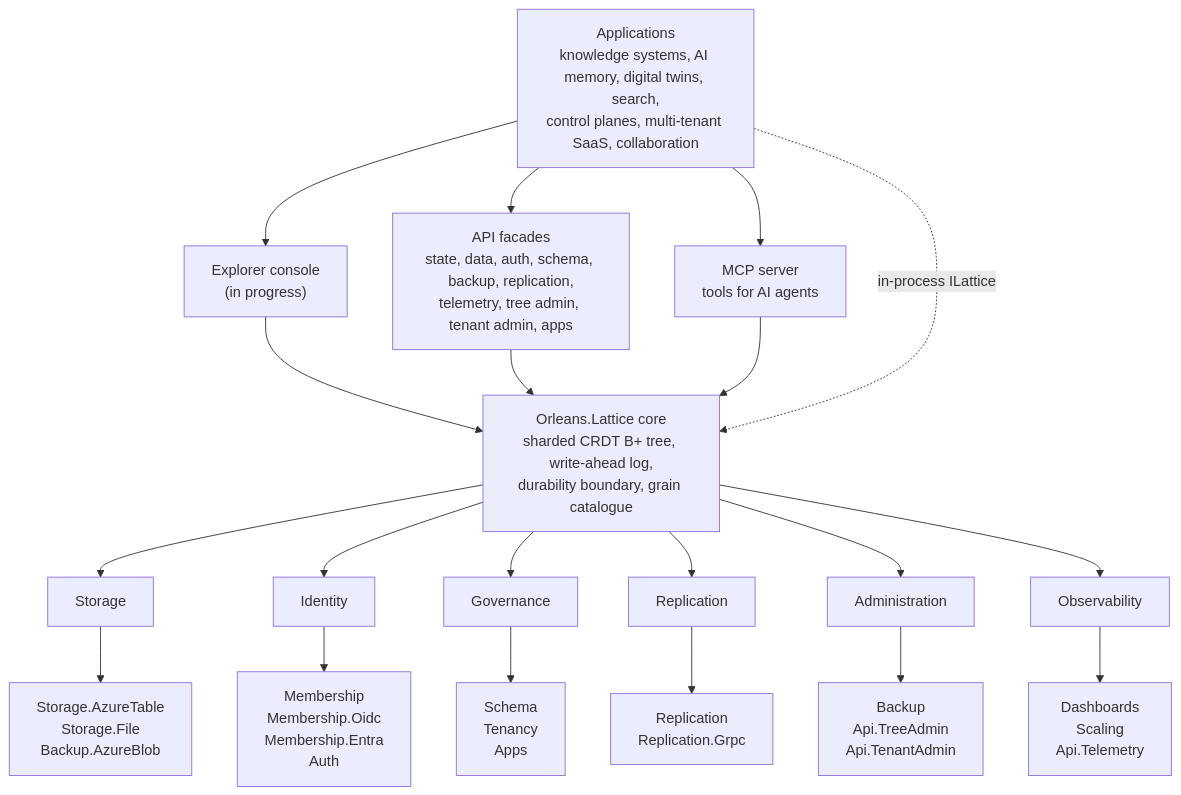
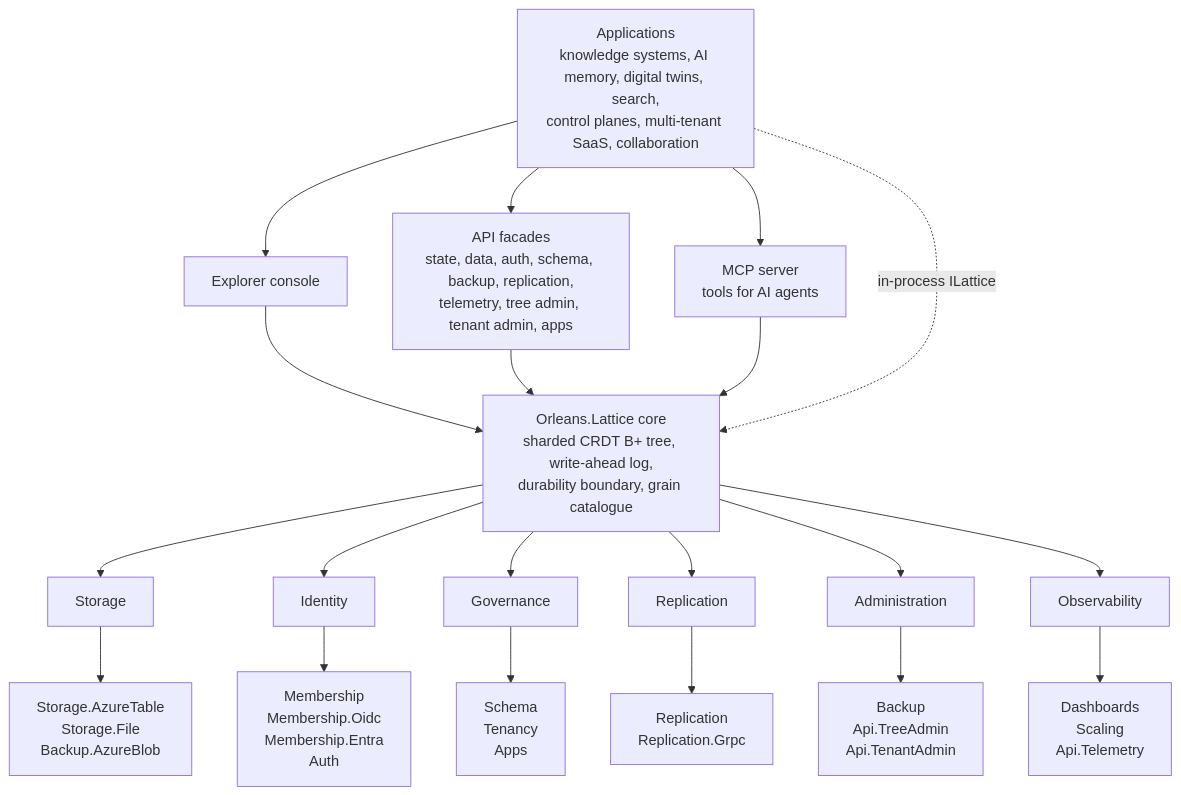
Before and after one commit to NSTA1/Orleans.Lattice: the diagram in README.md, drawn with Mermaid. The commit also changed other lines of this file and 55 other files, not shown here.

````diff
--- a/README.md
+++ b/README.md
@@ -184,29 +184,29 @@
 ```mermaid
 flowchart TD
     App["Applications<br/>knowledge systems, AI memory, digital twins, search,<br/>control planes, multi-tenant SaaS, collaboration"]
 
-    App --> Explorer["Explorer console<br/>(in progress)"]
+    App --> Explorer["Explorer console"]
     App --> Apis["API facades<br/>state, data, auth, schema, backup, replication,<br/>telemetry, tree admin, tenant admin, apps"]
     App --> Mcp["MCP server<br/>tools for AI agents"]
 
     Explorer --> Core
     Apis --> Core
     Mcp --> Core
     App -. "in-process ILattice" .-> Core
 
     Core["Orleans.Lattice core<br/>sharded CRDT B+ tree, write-ahead log,<br/>durability boundary, grain catalogue"]
 
     Core --> Storage["Storage"]
     Core --> Identity["Identity"]
     Core --> Governance["Governance"]
     Core --> Replication["Replication"]
     Core --> Administration["Administration"]
     Core --> Observability["Observability"]
 
     Storage --> StoragePkgs["Storage.AzureTable<br/>Storage.File<br/>Backup.AzureBlob"]
     Identity --> IdentityPkgs["Membership<br/>Membership.Oidc<br/>Membership.Entra<br/>Auth"]
     Governance --> GovernancePkgs["Schema<br/>Tenancy<br/>Apps"]
     Replication --> ReplicationPkgs["Replication<br/>Replication.Grpc"]
     Administration --> AdminPkgs["Backup<br/>Api.TreeAdmin<br/>Api.TenantAdmin"]
     Observability --> ObsPkgs["Dashboards<br/>Scaling<br/>Api.Telemetry"]
 ```
````
